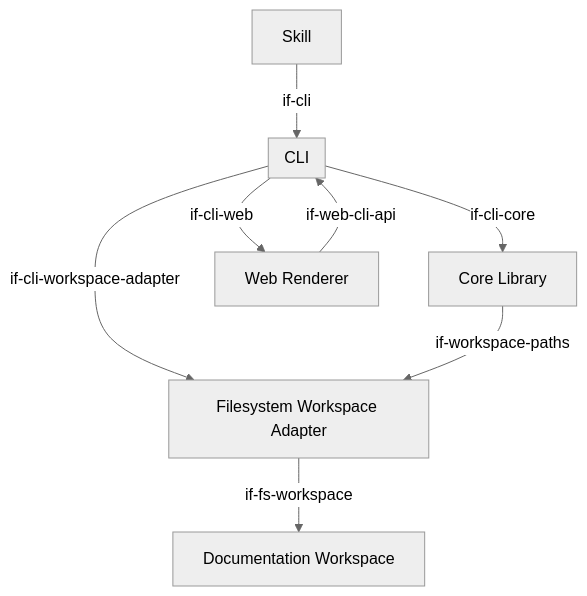
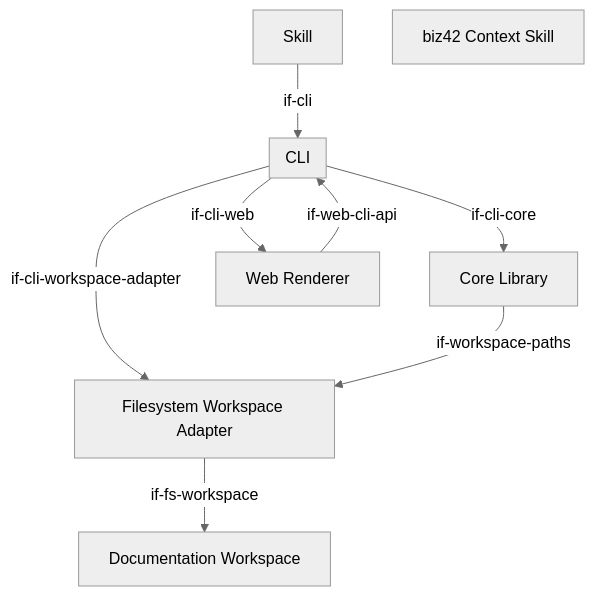
The first of 3 diagrams in docs/arc42/05-building-blocks.arc42.md (docToolchain/arc42-language), drawn with Mermaid (neutral theme) before and after one commit. The commit also changed other lines of this file and 3 other files, not shown here.

First line of the commit message:
docs: add biz42 context skill to architecture model

````diff
--- a/docs/arc42/05-building-blocks.arc42.md
+++ b/docs/arc42/05-building-blocks.arc42.md
@@ -17,18 +17,19 @@
 ```mermaid
 graph TD
     subgraph bb-cli["CLI"]
     end
     bb-core["Core Library"]
     bb-workspace-fs["Filesystem Workspace Adapter"]
     bb-skill["Skill"]
+    bb-skill-biz42-context["biz42 Context Skill"]
     bb-web-renderer["Web Renderer"]
     bb-workspace["Documentation Workspace"]
 
     bb-cli -->|"if-cli-core"| bb-core
     bb-cli -->|"if-cli-workspace-adapter"| bb-workspace-fs
     bb-workspace-fs -->|"if-fs-workspace"| bb-workspace
     bb-core -->|"if-workspace-paths"| bb-workspace-fs
     bb-cli -->|"if-cli-web"| bb-web-renderer
     bb-web-renderer -->|"if-web-cli-api"| bb-cli
     bb-skill -->|"if-cli"| bb-cli
 ```
````
